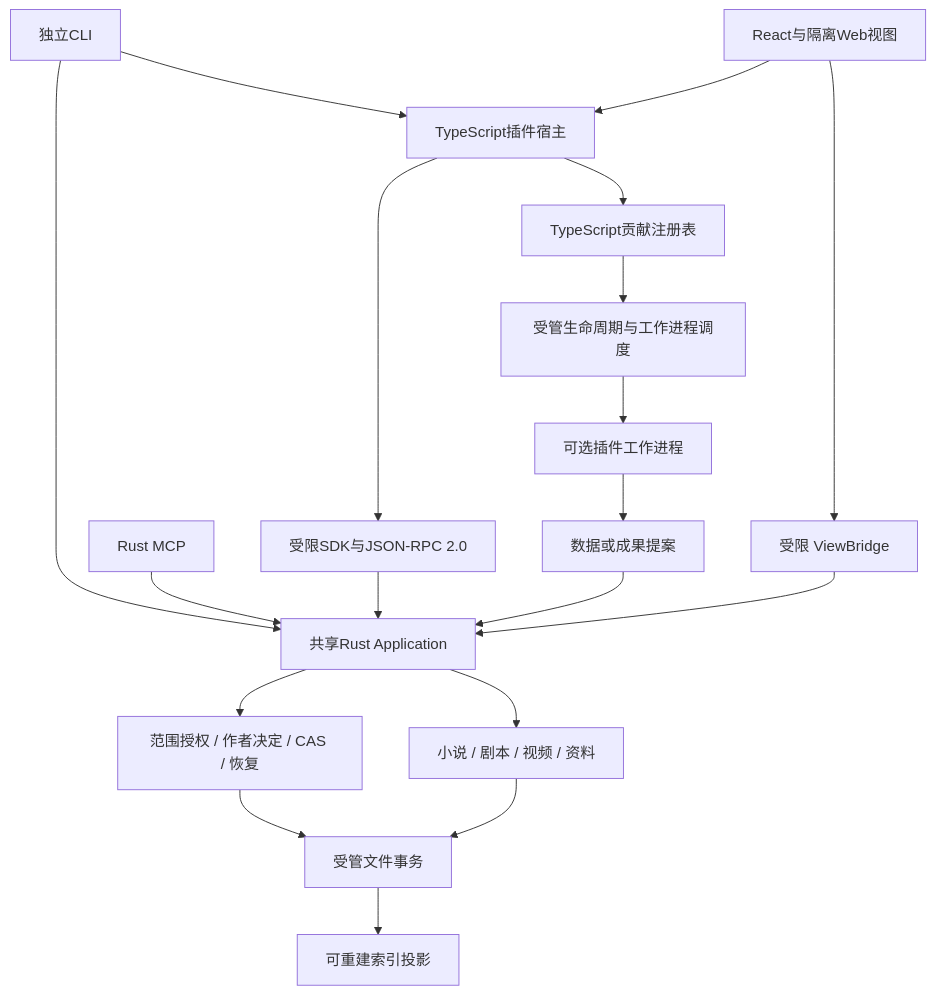
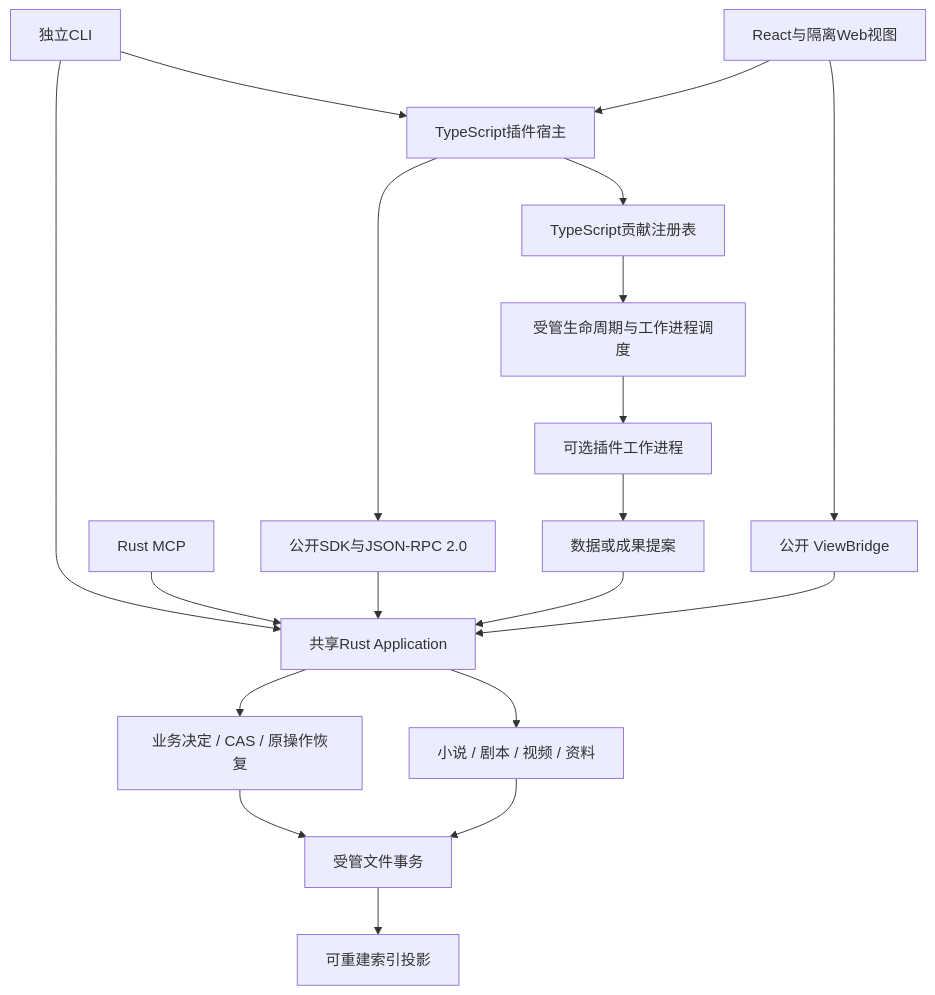
The second of 3 diagrams in docs/plugin/07-总体架构与技术选型.md (limecloud/hetu), drawn with Mermaid before and after one commit. The commit also changed other lines of this file and 168 other files, not shown here.

````diff
--- a/docs/plugin/07-总体架构与技术选型.md
+++ b/docs/plugin/07-总体架构与技术选型.md
@@ -37,21 +39,21 @@
 ```mermaid
 flowchart TD
     GUI[React与隔离Web视图] --> TS[TypeScript插件宿主]
-    TS --> RPC[受限SDK与JSON-RPC 2.0]
+    TS --> RPC[公开SDK与JSON-RPC 2.0]
     RPC --> App[共享Rust Application]
     CLI[独立CLI] --> App
     CLI --> TS
     MCP[Rust MCP] --> App
-    App --> Auth[范围授权 / 作者决定 / CAS / 恢复]
+    App --> Auth[业务决定 / CAS / 原操作恢复]
     TS --> Registry[TypeScript贡献注册表]
     App --> Domain[小说 / 剧本 / 视频 / 资料]
     Registry --> Supervisor[受管生命周期与工作进程调度]
     Supervisor --> Worker[可选插件工作进程]
-    GUI --> Bridge[受限 ViewBridge]
+    GUI --> Bridge[公开 ViewBridge]
     Bridge --> App
     Worker --> Proposal[数据或成果提案]
     Proposal --> App
     Auth --> Store[受管文件事务]
     Domain --> Store
     Store --> Index[可重建索引投影]
 ```
````
